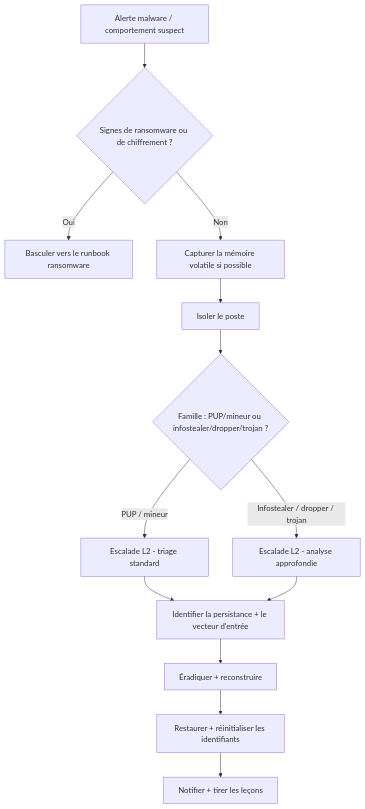
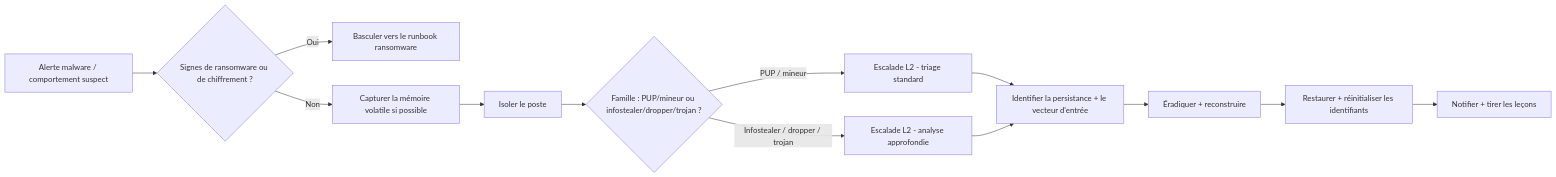
One commit to MiracleDvm/ir-firstline changed the diagram in docs/fr/runbooks/malware-infection.md. Above: the diagram before and after it, drawn with Mermaid. The commit also changed other lines of this file and 26 other files, not shown here.

Commit message:
Fix decision-tree diagram sizing/legibility, add PDF export, land tool links -- Convert decision trees to horizontal/collapsible, link cited tools/sources

````diff
--- a/docs/fr/runbooks/malware-infection.md
+++ b/docs/fr/runbooks/malware-infection.md
@@ -30,15 +32,15 @@
-```mermaid
-flowchart TD
-    A[Alerte malware / comportement suspect] --> B{Signes de ransomware ou de chiffrement ?}
-    B -->|Oui| Z[Basculer vers le runbook ransomware]
-    B -->|Non| C[Capturer la mémoire volatile si possible]
-    C --> D[Isoler le poste]
-    D --> E{Famille : PUP/mineur ou infostealer/dropper/trojan ?}
-    E -->|PUP / mineur| F[Escalade L2 - triage standard]
-    E -->|Infostealer / dropper / trojan| G[Escalade L2 - analyse approfondie]
-    F --> H[Identifier la persistance + le vecteur d'entrée]
-    G --> H
-    H --> I[Éradiquer + reconstruire]
-    I --> J[Restaurer + réinitialiser les identifiants]
-    J --> K[Notifier + tirer les leçons]
-```
+    ```mermaid
+    flowchart LR
+        A[Alerte malware / comportement suspect] --> B{Signes de ransomware ou de chiffrement ?}
+        B -->|Oui| Z[Basculer vers le runbook ransomware]
+        B -->|Non| C[Capturer la mémoire volatile si possible]
+        C --> D[Isoler le poste]
+        D --> E{Famille : PUP/mineur ou infostealer/dropper/trojan ?}
+        E -->|PUP / mineur| F[Escalade L2 - triage standard]
+        E -->|Infostealer / dropper / trojan| G[Escalade L2 - analyse approfondie]
+        F --> H[Identifier la persistance + le vecteur d'entrée]
+        G --> H
+        H --> I[Éradiquer + reconstruire]
+        I --> J[Restaurer + réinitialiser les identifiants]
+        J --> K[Notifier + tirer les leçons]
+    ```
````
